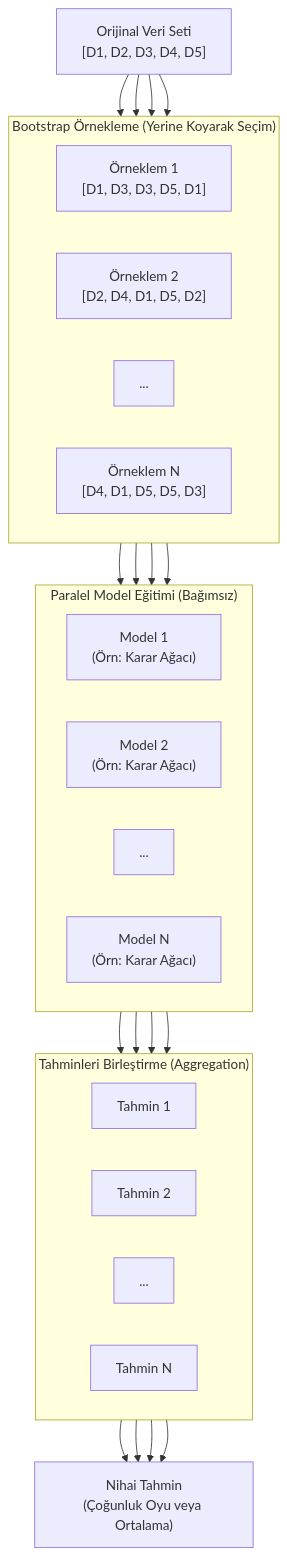
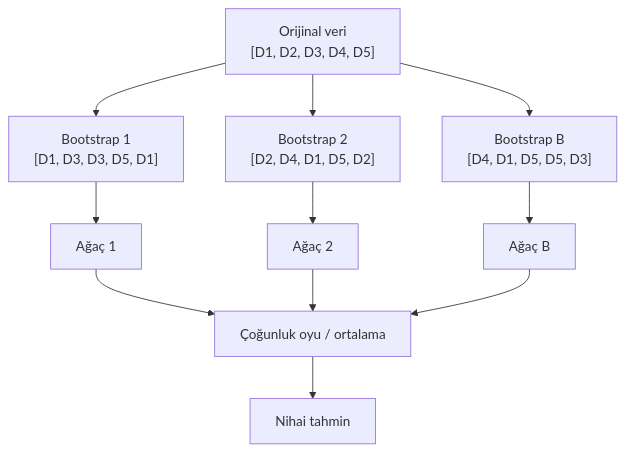
The sixth of 12 diagrams in Ders_Notu.md (erkanozhan/machinelearning), drawn with Mermaid before and after one commit. The commit also changed other lines of this file and 50 other files, not shown here.

````diff
--- a/Ders_Notu.md
+++ b/Ders_Notu.md
@@ -1504,50 +1921,13 @@
 ```mermaid
 graph TD
-    A["Orijinal Veri Seti<br/>[D1, D2, D3, D4, D5]"]
-
-    subgraph "Bootstrap Örnekleme (Yerine Koyarak Seçim)"
-        direction LR
-        B1["Örneklem 1<br/>[D1, D3, D3, D5, D1]"]
-        B2["Örneklem 2<br/>[D2, D4, D1, D5, D2]"]
-        B3["..."]
-        BN["Örneklem N<br/>[D4, D1, D5, D5, D3]"]
-    end
-
-    A --> B1
-    A --> B2
-    A --> B3
-    A --> BN
-
-    subgraph "Paralel Model Eğitimi (Bağımsız)"
-        direction LR
-        M1["Model 1<br/>(Örn: Karar Ağacı)"]
-        M2["Model 2<br/>(Örn: Karar Ağacı)"]
-        M3["..."]
-        MN["Model N<br/>(Örn: Karar Ağacı)"]
-    end
-
-    B1 --> M1
-    B2 --> M2
-    B3 --> M3
-    BN --> MN
-
-    subgraph "Tahminleri Birleştirme (Aggregation)"
-        direction LR
-        P1["Tahmin 1"]
-        P2["Tahmin 2"]
-        P3["..."]
-        PN["Tahmin N"]
-    end
-
-    M1 --> P1
-    M2 --> P2
-    M3 --> P3
-    MN --> PN
-
-    Final["Nihai Tahmin<br/>(Çoğunluk Oyu veya Ortalama)"]
-
-    P1 --> Final
-    P2 --> Final
-    P3 --> Final
-    PN --> Final
+    A["Orijinal veri<br/>[D1, D2, D3, D4, D5]"] --> B1["Bootstrap 1<br/>[D1, D3, D3, D5, D1]"]
+    A --> B2["Bootstrap 2<br/>[D2, D4, D1, D5, D2]"]
+    A --> BN["Bootstrap B<br/>[D4, D1, D5, D5, D3]"]
+    B1 --> M1["Ağaç 1"]
+    B2 --> M2["Ağaç 2"]
+    BN --> MN["Ağaç B"]
+    M1 --> F["Çoğunluk oyu / ortalama"]
+    M2 --> F
+    MN --> F
+    F --> S["Nihai tahmin"]
 ```
````
